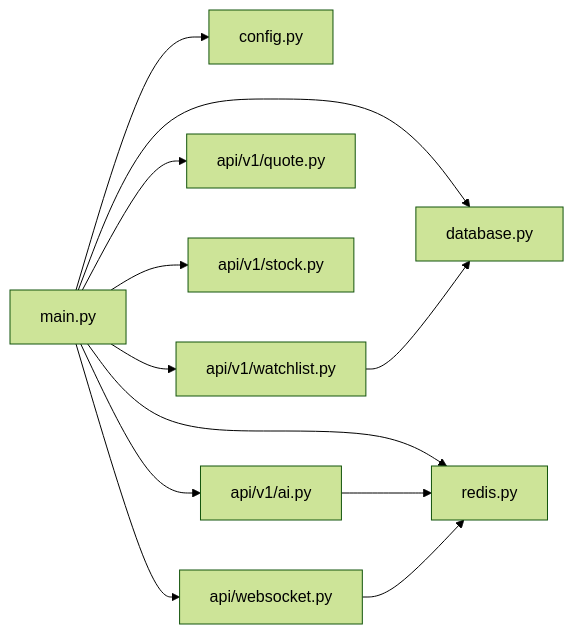
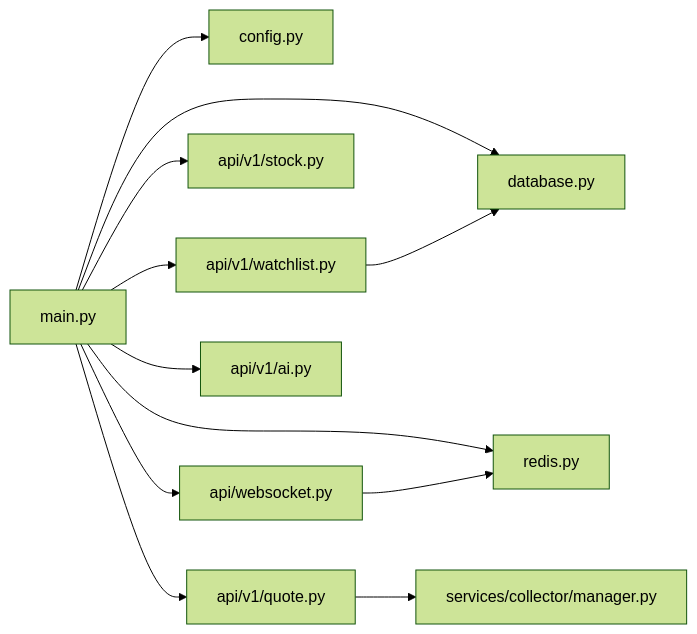
One commit to We3le7/stock-view changed diagram 11 of 11 in .qoder/repowiki/zh/content/后端开发/FastAPI应用架构.md. Above: the diagram before and after it, drawn with Mermaid (forest theme). The commit also changed other lines of this file and 142 other files, not shown here.

````diff
--- a/.qoder/repowiki/zh/content/后端开发/FastAPI应用架构.md
+++ b/.qoder/repowiki/zh/content/后端开发/FastAPI应用架构.md
@@ -264,14 +491,14 @@
 ```mermaid
 graph LR
-MAIN["main.py"] --> CFG["config.py"]
-MAIN --> DB["database.py"]
-MAIN --> RDS["redis.py"]
-MAIN --> API_AI["api/v1/ai.py"]
-MAIN --> API_Q["api/v1/quote.py"]
-MAIN --> API_S["api/v1/stock.py"]
-MAIN --> API_W["api/v1/watchlist.py"]
-MAIN --> WS["api/websocket.py"]
-API_W --> DB
-API_AI --> RDS
-WS --> RDS
+Main["main.py"] --> Conf["config.py"]
+Main --> DB["database.py"]
+Main --> RD["redis.py"]
+Main --> APIQ["api/v1/quote.py"]
+Main --> APIS["api/v1/stock.py"]
+Main --> APIW["api/v1/watchlist.py"]
+Main --> APIAI["api/v1/ai.py"]
+Main --> WS["api/websocket.py"]
+APIQ --> CM["services/collector/manager.py"]
+APIW --> DB
+WS --> RD
 ```
````
